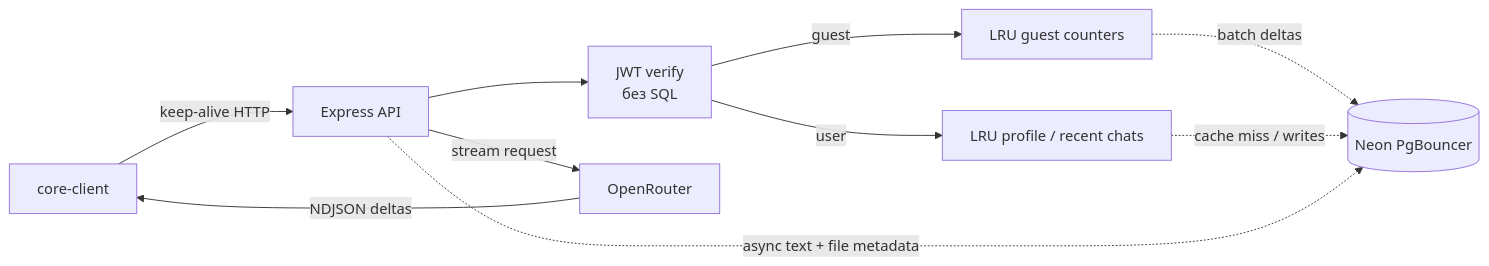
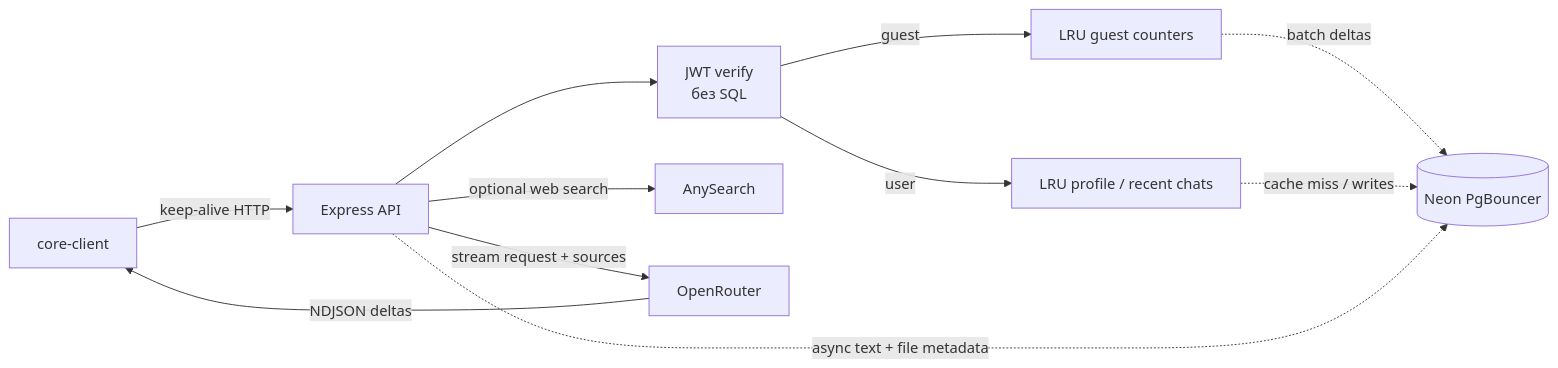
Before and after one commit to tetttet/core-hermes: the diagram in core-server/README.md, drawn with Mermaid. The commit also changed other lines of this file and 25 other files, not shown here.

````diff
--- a/core-server/README.md
+++ b/core-server/README.md
@@ -10,12 +10,13 @@
 ```mermaid
 flowchart LR
   C[core-client] -->|keep-alive HTTP| E[Express API]
   E --> A[JWT verify\nбез SQL]
   A -->|guest| L[LRU guest counters]
   A -->|user| P[LRU profile / recent chats]
   L -. batch deltas .-> N[(Neon PgBouncer)]
   P -. cache miss / writes .-> N
-  E -->|stream request| O[OpenRouter]
+  E -->|optional web search| S[AnySearch]
+  E -->|stream request + sources| O[OpenRouter]
   O -->|NDJSON deltas| C
   E -. async text + file metadata .-> N
 ```
````
